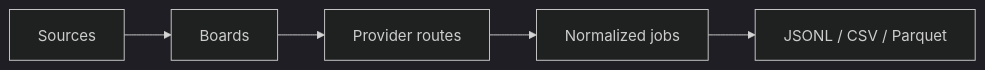
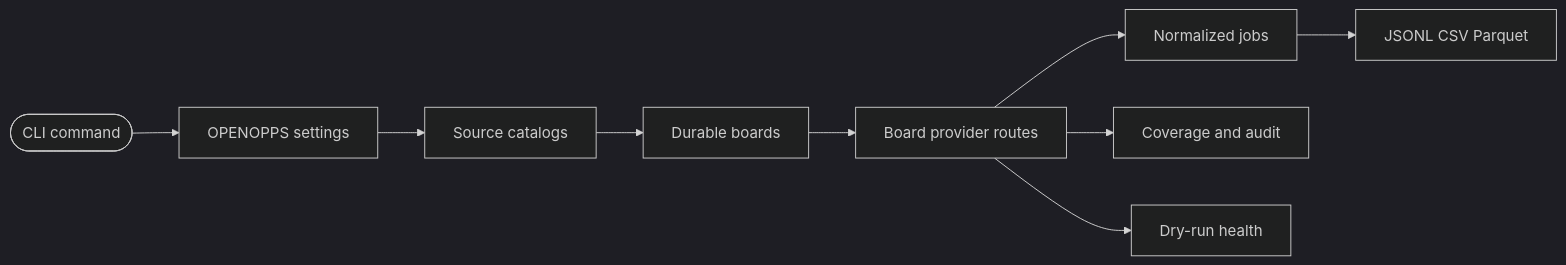
Before and after one commit to wyattowalsh/openopps: the diagram in docs/content/docs/cli-reference.mdx, drawn with Mermaid (dark theme). The commit also changed other lines of this file and 88 other files, not shown here.

First line of the commit message:
feat: expand provider coverage and release workflows

````diff
--- a/docs/content/docs/cli-reference.mdx
+++ b/docs/content/docs/cli-reference.mdx
@@ -16,7 +33,11 @@
 ```mermaid
 flowchart LR
-  sources[Sources] --> boards[Boards]
-  boards --> routes[Provider routes]
+  cli([CLI command]) --> settings[OPENOPPS settings]
+  settings --> sources[Source catalogs]
+  sources --> boards[Durable boards]
+  boards --> routes[Board provider routes]
   routes --> jobs[Normalized jobs]
-  jobs --> exports[JSONL / CSV / Parquet]
+  jobs --> exports[JSONL CSV Parquet]
+  routes --> coverage[Coverage and audit]
+  routes --> health[Dry-run health]
 ```
````
